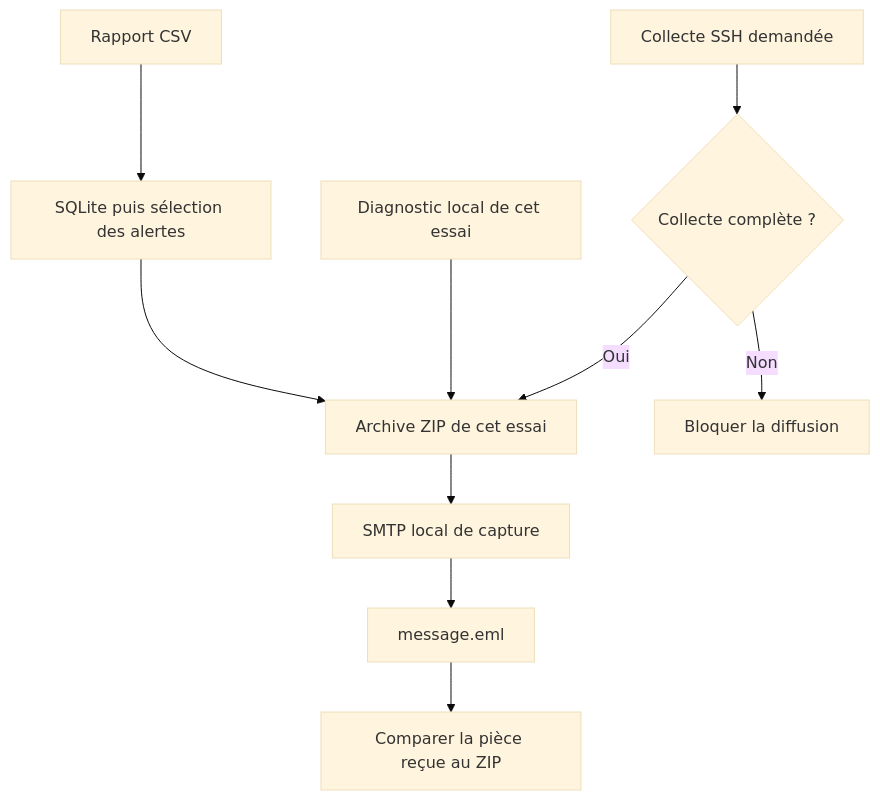
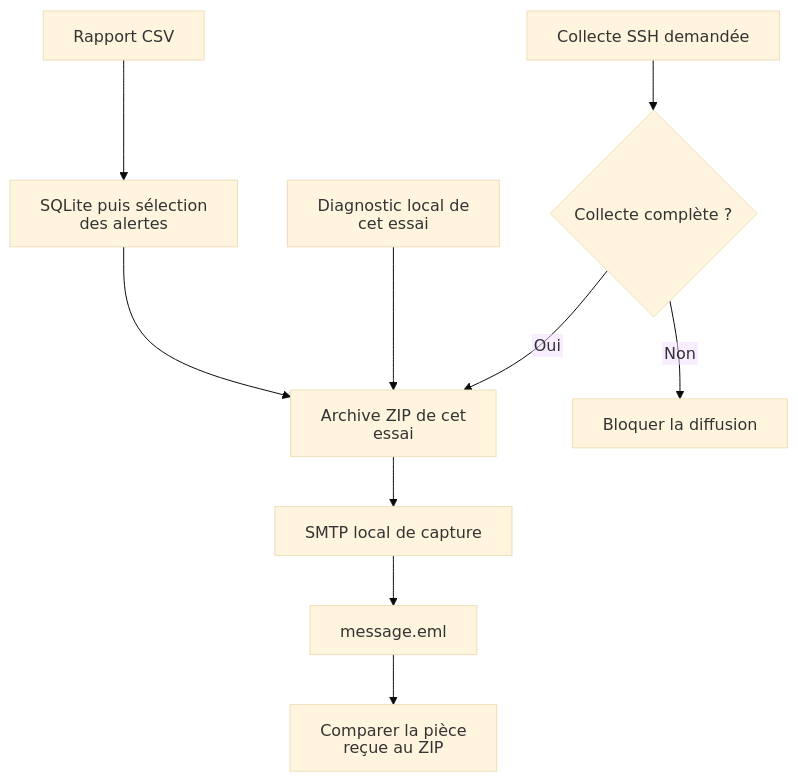
Before and after one commit to lapeyrade/formation-python: the first of 3 diagrams in ateliers/06/README.md, drawn with Mermaid (base theme). The commit also changed other lines of this file and 17 other files, not shown here.

````diff
--- a/ateliers/06/README.md
+++ b/ateliers/06/README.md
@@ -20,14 +22,15 @@
 ```mermaid
+%%{init: {"htmlLabels": false, "flowchart": {"htmlLabels": false}}}%%
 flowchart TD
   accTitle: Constituer et transmettre un rapport contrôlé
   accDescr: Le rapport CSV est importé puis filtré pour produire les alertes. Le diagnostic rejoint l’archive. Une collecte fournie doit être complète ; sinon la diffusion est bloquée. Le ZIP est envoyé au SMTP de capture puis sa pièce jointe est relue.
-  C["Rapport CSV"] --> B["SQLite puis sélection des alertes"]
-  B --> A["Archive ZIP de cet essai"]
-  D["Diagnostic local de cet essai"] --> A
+  C["Rapport CSV"] --> B["SQLite puis sélection<br/>des alertes"]
+  B --> A["Archive ZIP de cet<br/>essai"]
+  D["Diagnostic local de<br/>cet essai"] --> A
   S["Collecte SSH demandée"] --> V{"Collecte complète ?"}
   V -->|Oui| A
   V -->|Non| X["Bloquer la diffusion"]
   A --> SMTP["SMTP local de capture"]
   SMTP --> E["message.eml"]
-  E --> P["Comparer la pièce reçue au ZIP"]
+  E --> P["Comparer la pièce<br/>reçue au ZIP"]
 ```
````
